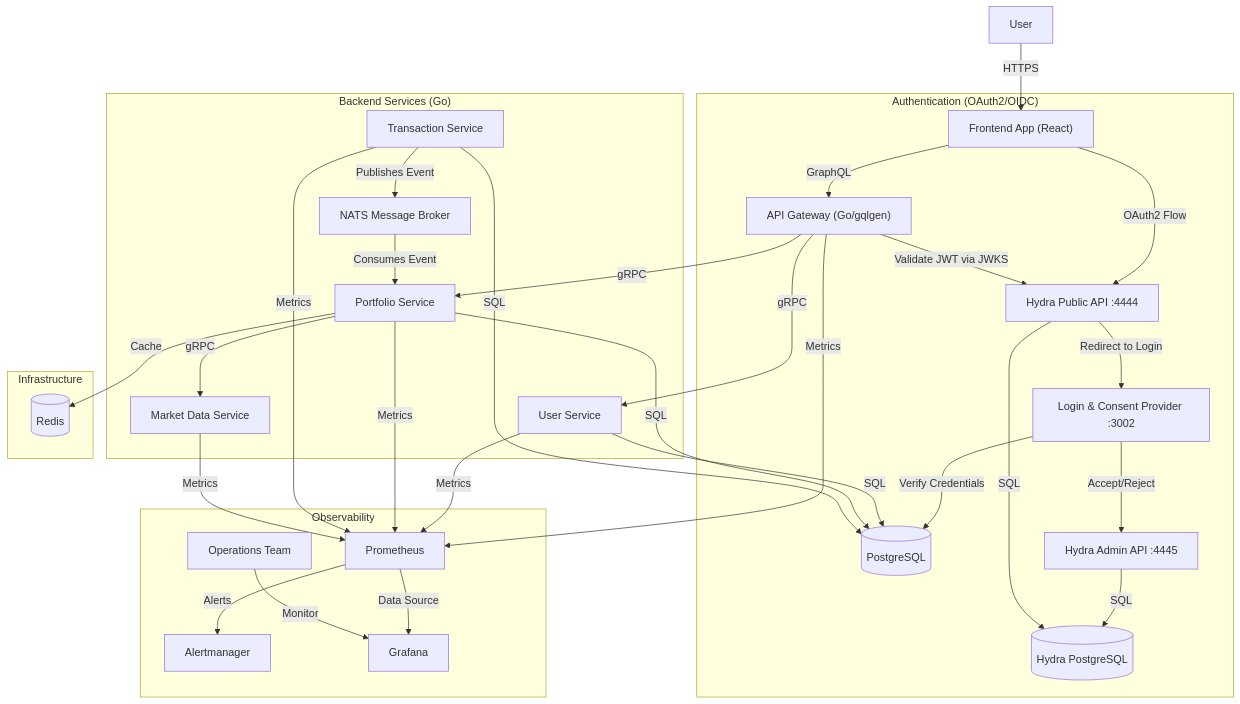
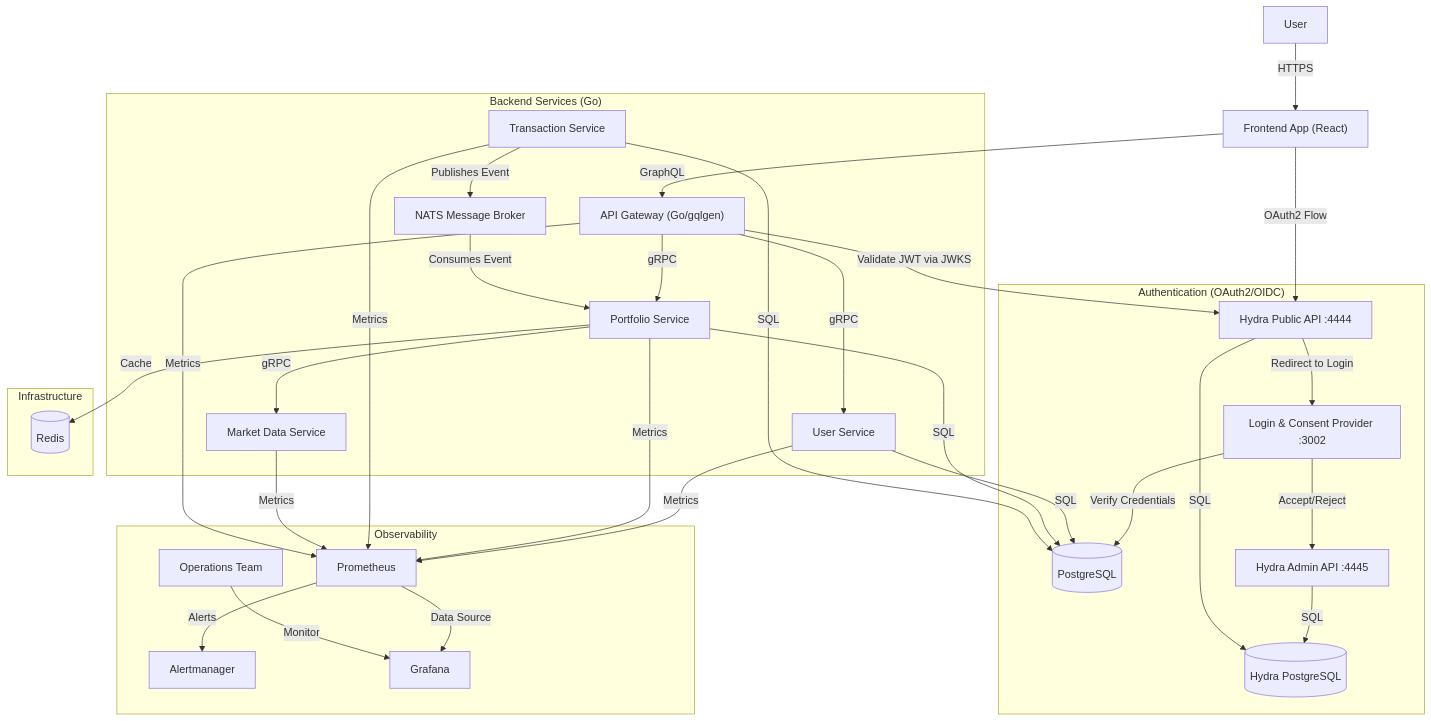
One commit to garcios/portfolio-insights changed the first of 3 diagrams in README.md. Above: the diagram before and after it, drawn with Mermaid.

Commit message:
docs: Move HydraPublic connections out of the authentication subgraph in the README diagram.

````diff
--- a/README.md
+++ b/README.md
@@ -11,45 +11,45 @@
 ```mermaid
 graph TD
     User[User] -->|HTTPS| Frontend["Frontend App (React)"]
     Frontend -->|GraphQL| Gateway["API Gateway (Go/gqlgen)"]
+    Frontend -->|OAuth2 Flow| HydraPublic["Hydra Public API :4444"]
+    Gateway -->|Validate JWT via JWKS| HydraPublic
     
     subgraph "Authentication (OAuth2/OIDC)"
-        Frontend -->|OAuth2 Flow| HydraPublic["Hydra Public API :4444"]
         HydraPublic -->|Redirect to Login| LoginConsent["Login & Consent Provider :3002"]
         LoginConsent -->|Verify Credentials| DB[(PostgreSQL)]
         LoginConsent -->|Accept/Reject| HydraAdmin["Hydra Admin API :4445"]
         HydraAdmin -->|SQL| HydraDB[(Hydra PostgreSQL)]
         HydraPublic -->|SQL| HydraDB
-        Gateway -->|Validate JWT via JWKS| HydraPublic
     end
     
     subgraph "Backend Services (Go)"
         Gateway -->|gRPC| UserService[User Service]
         Gateway -->|gRPC| PortfolioService[Portfolio Service]
         
         PortfolioService -->|gRPC| MarketData[Market Data Service]
         
         TransactionService[Transaction Service] -->|Publishes Event| NATS[NATS Message Broker]
         NATS -->|Consumes Event| PortfolioService
     end
     
     subgraph "Infrastructure"
         UserService -->|SQL| DB
         PortfolioService -->|SQL| DB
         TransactionService -->|SQL| DB
         PortfolioService -->|Cache| Redis[(Redis)]
     end
     
     subgraph "Observability"
         UserService -->|Metrics| Prometheus[Prometheus]
         PortfolioService -->|Metrics| Prometheus
         TransactionService -->|Metrics| Prometheus
         MarketData -->|Metrics| Prometheus
         Gateway -->|Metrics| Prometheus
         
         Prometheus -->|Alerts| Alertmanager[Alertmanager]
         Prometheus -->|Data Source| Grafana[Grafana]
         
         Ops[Operations Team] -->|Monitor| Grafana
     end
 ```
````
